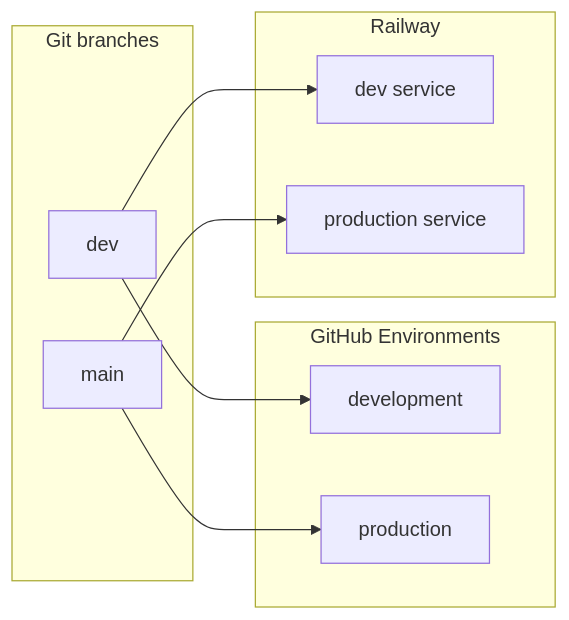
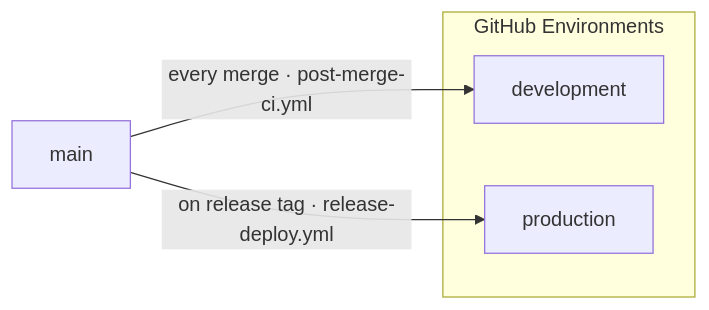
The second of 6 diagrams in docs/deployment/ci-cd/cicd-and-deployment.md (nikunjmavani/core-be), drawn with Mermaid before and after one commit. The commit also changed other lines of this file and 21 other files, not shown here.

````diff
--- a/docs/deployment/ci-cd/cicd-and-deployment.md
+++ b/docs/deployment/ci-cd/cicd-and-deployment.md
@@ -124,22 +124,10 @@
 ```mermaid
 flowchart LR
-  subgraph branches [Git branches]
-    dev_b[dev]
-    main_b[main]
-  end
-
+  main_b[main]
   subgraph gh_envs [GitHub Environments]
     dev_env[development]
     prod_env[production]
   end
-
-  subgraph railway [Railway]
-    dev_svc[dev service]
-    prod_svc[production service]
-  end
-
-  dev_b --> dev_env
-  dev_b --> dev_svc
-  main_b --> prod_env
-  main_b --> prod_svc
+  main_b -->|every merge · post-merge-ci.yml| dev_env
+  main_b -->|on release tag · release-deploy.yml| prod_env
 ```
````
